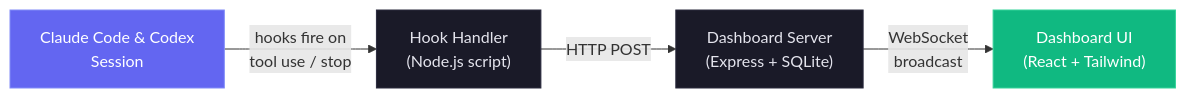
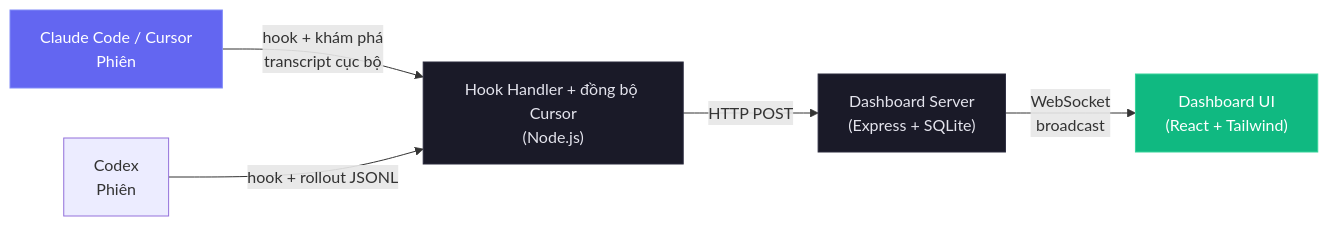
Before and after one commit to Doccy008/Claude-Code-Agent-Monitor: the first of 24 diagrams in README-VN.md, drawn with Mermaid. The commit also changed other lines of this file and 3 other files, not shown here.

````diff
--- a/README-VN.md
+++ b/README-VN.md
@@ -119,10 +119,11 @@
 ```mermaid
 graph LR
-    A["Claude Code & Codex<br/>Session"] -->|hooks fire on<br/>tool use / stop| B["Hook Handler<br/>(Node.js script)"]
+    A["Claude Code / Cursor<br/>Phiên"] -->|hook + khám phá<br/>transcript cục bộ| B["Hook Handler + đồng bộ Cursor<br/>(Node.js)"]
+    X["Codex<br/>Phiên"] -->|hook + rollout JSONL| B
     B -->|HTTP POST| C["Dashboard Server<br/>(Express + SQLite)"]
     C -->|WebSocket<br/>broadcast| D["Dashboard UI<br/>(React + Tailwind)"]
     style A fill:#6366f1,stroke:#818cf8,color:#fff
     style B fill:#1a1a28,stroke:#2a2a3d,color:#e4e4ed
     style C fill:#1a1a28,stroke:#2a2a3d,color:#e4e4ed
     style D fill:#10b981,stroke:#34d399,color:#fff
 ```
````
